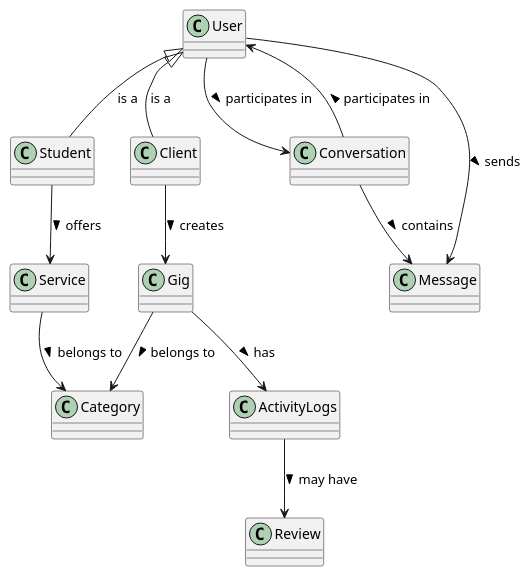
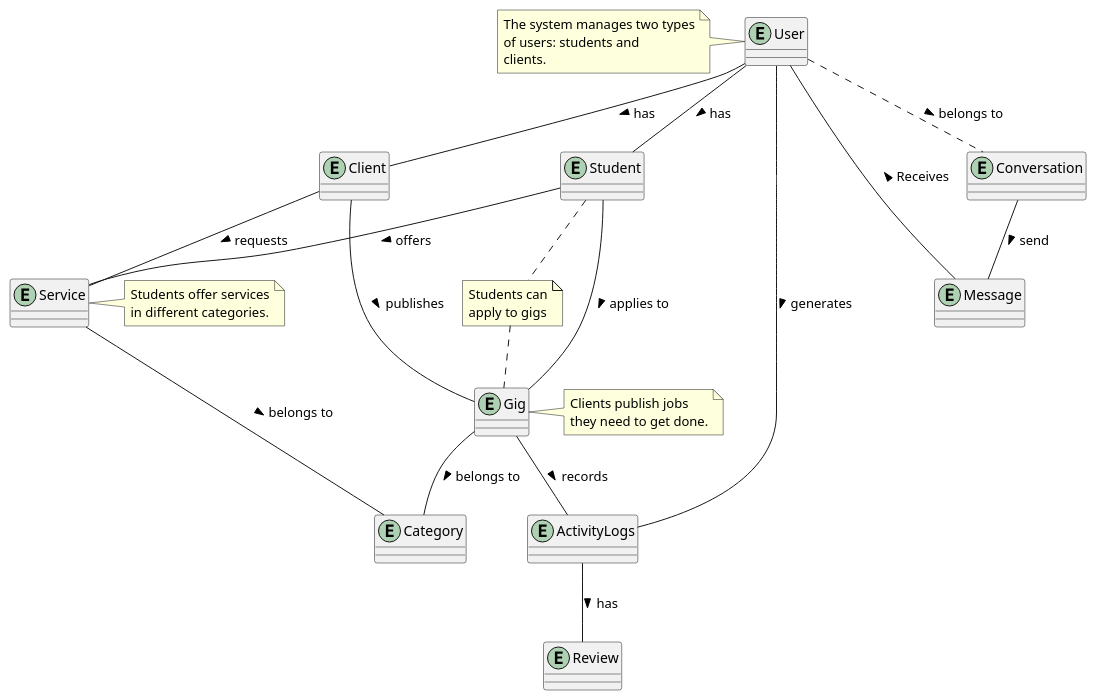
The first of 19 diagrams in README.md (brandonP2/UniGig-TFG), drawn with PlantUML before and after one commit. The commit also changed other lines of this file and 40 other files, not shown here.

```diff
--- a/README.md
+++ b/README.md
@@ -5,33 +4,49 @@
-@startuml
+@startuml Sistema UniGig
 
-' --- Classes ---
-class User
-class Student
-class Client
-class Service
-class Gig
-class Category
-class ActivityLogs
-class Review
-class Conversation
-class Message
+entity User
+entity Student
+entity Client
+entity Service
+entity Category
+entity Gig
+entity Review
+entity Message
+entity Conversation
+entity ActivityLogs
 
-' --- Relationships ---
-User <|-- Student : is a
-User <|-- Client : is a
+note left of User
+  The system manages two types
+  of users: students and
+  clients.
+end note
 
-Student --> Service : offers >
-Client --> Gig : creates >
+note right of Service
+  Students offer services
+  in different categories.
+end note
 
-Service --> Category : belongs to >
-Gig --> Category : belongs to >
+note right of Gig
+  Clients publish jobs
+  they need to get done.
+end note
 
-Gig --> ActivityLogs : has >
-ActivityLogs --> Review : may have >
+note "Students can\napply to gigs" as N1
+Student .. N1
+N1 .. Gig
 
-User --> Conversation : participates in >
-User <-- Conversation : < participates in
-Conversation --> Message : contains >
-User --> Message : sends >
+User -- Student : has >
+User -- Client : has >
+Student -- Service : offers >
+Client -- Service : requests >
+Student -- Gig : applies to >
+Client -- Gig : publishes >
+Service -- Category : belongs to >
+Gig -- Category : belongs to >
+User .. Conversation : belongs to >
+Conversation -- Message : send >
+Message -- User : Receives >
+User --  ActivityLogs : generates >
+Gig --  ActivityLogs : records >
+ActivityLogs  --  Review : has >
 
 @enduml
```
